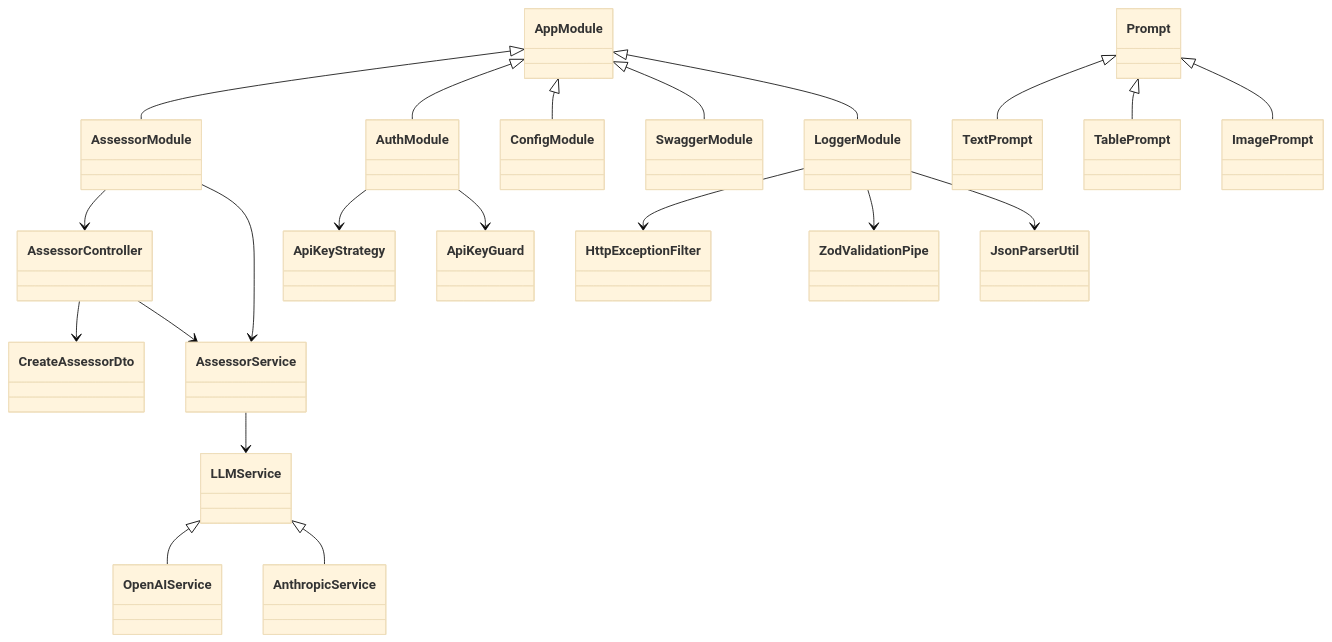
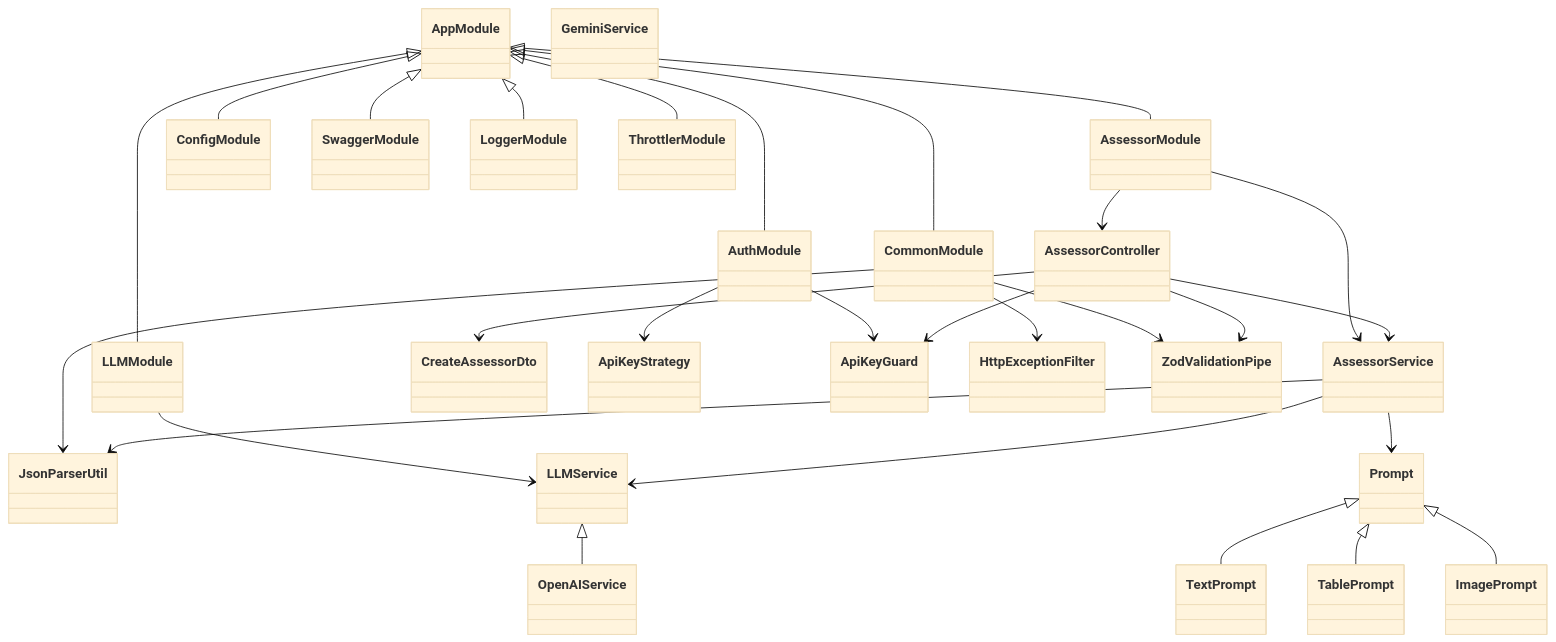
Before and after one commit to h-arnold/AssessmentBot-Backend: the diagram in docs/developer/design/ClassStructure.md, drawn with Mermaid (base theme). The commit also changed 2 other files, not shown here.

Commit message:
Update ClassStructure and Implementation Overview documents to reflect module relationships and project stages

````diff
--- a/docs/developer/design/ClassStructure.md
+++ b/docs/developer/design/ClassStructure.md
@@ -9,6 +9,9 @@
     class ConfigModule
     class SwaggerModule
     class LoggerModule
+    class ThrottlerModule
+    class CommonModule
+    class LLMModule
 
     %% Assessor Components
     class AssessorController
@@ -32,8 +35,7 @@
 
     %% LLM Service Hierarchy
     class LLMService
-    class OpenAIService
-    class AnthropicService
+    class GeminiService
 
     %% Module Relationships
     AppModule <|-- AssessorModule
@@ -41,6 +43,9 @@
     AppModule <|-- ConfigModule
     AppModule <|-- SwaggerModule
     AppModule <|-- LoggerModule
+    AppModule <|-- ThrottlerModule
+    AppModule <|-- CommonModule
+    AppModule <|-- LLMModule
 
     %% Assessor Relationships
     AssessorModule --> AssessorController
@@ -52,10 +57,13 @@
     AuthModule --> ApiKeyStrategy
     AuthModule --> ApiKeyGuard
 
-    %% Common Utility Usage
-    LoggerModule --> HttpExceptionFilter
-    LoggerModule --> ZodValidationPipe
-    LoggerModule --> JsonParserUtil
+    %% Common Module Relationships
+    CommonModule --> HttpExceptionFilter
+    CommonModule --> ZodValidationPipe
+    CommonModule --> JsonParserUtil
+
+    %% LLM Module Relationships
+    LLMModule --> LLMService
 
     %% Prompt Inheritance
     Prompt <|-- TextPrompt
@@ -64,8 +72,13 @@
 
     %% LLM Service Inheritance
     LLMService <|-- OpenAIService
-    LLMService <|-- AnthropicService
 
     %% Service Integration
     AssessorService --> LLMService
+    AssessorService --> JsonParserUtil
+
+    %% Usage Relationships
+    AssessorController --> ZodValidationPipe
+    AssessorController --> ApiKeyGuard
+    AssessorService --> Prompt
 ```
````
